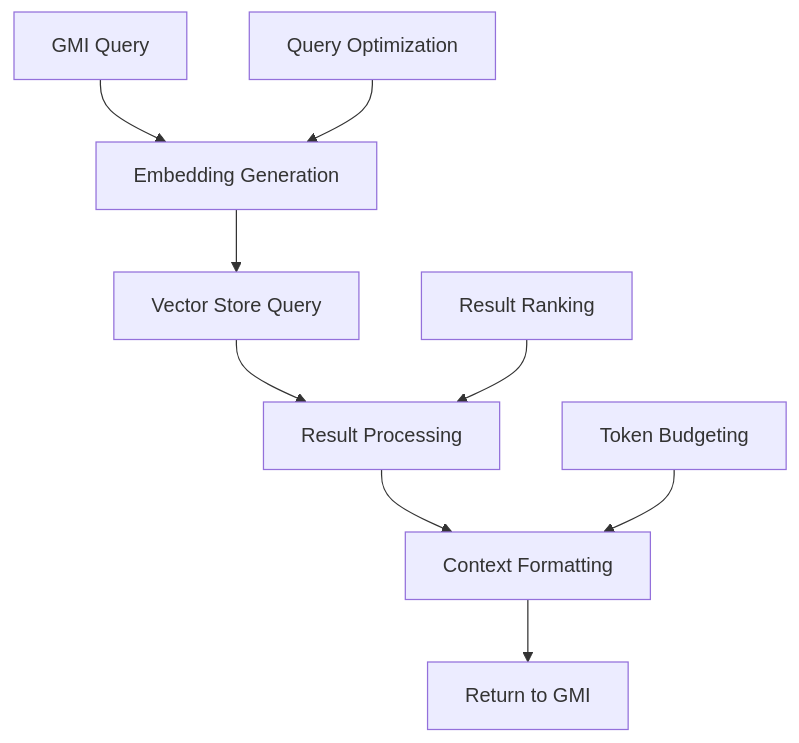
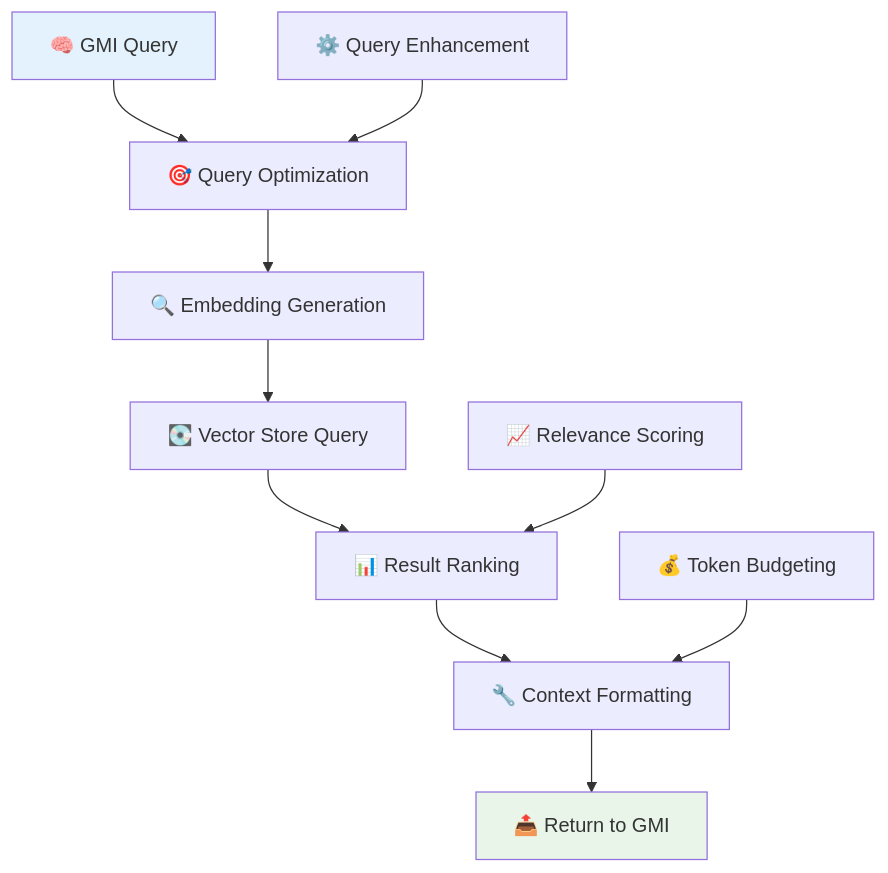
The fourth of 7 diagrams in backend/agentos/docs/RAG.md (framersai/agentos-live-docs), drawn with Mermaid before and after one commit. The commit also changed other lines of this file and 17 other files, not shown here.

````diff
--- a/backend/agentos/docs/RAG.md
+++ b/backend/agentos/docs/RAG.md
@@ -131,12 +278,16 @@
 ```mermaid
 graph TD
-    A[GMI Query] --> B[Embedding Generation]
-    B --> C[Vector Store Query]
-    C --> D[Result Processing]
-    D --> E[Context Formatting]
-    E --> F[Return to GMI]
+    A[🧠 GMI Query] --> B[🎯 Query Optimization]
+    B --> C[🔍 Embedding Generation]
+    C --> D[💽 Vector Store Query]
+    D --> E[📊 Result Ranking]
+    E --> F[🔧 Context Formatting]
+    F --> G[📤 Return to GMI]
     
-    G[Query Optimization] --> B
-    H[Result Ranking] --> D
-    I[Token Budgeting] --> E
+    H[⚙️ Query Enhancement] --> B
+    I[📈 Relevance Scoring] --> E
+    J[💰 Token Budgeting] --> F
+    
+    style A fill:#e3f2fd
+    style G fill:#e8f5e8
 ```
````
